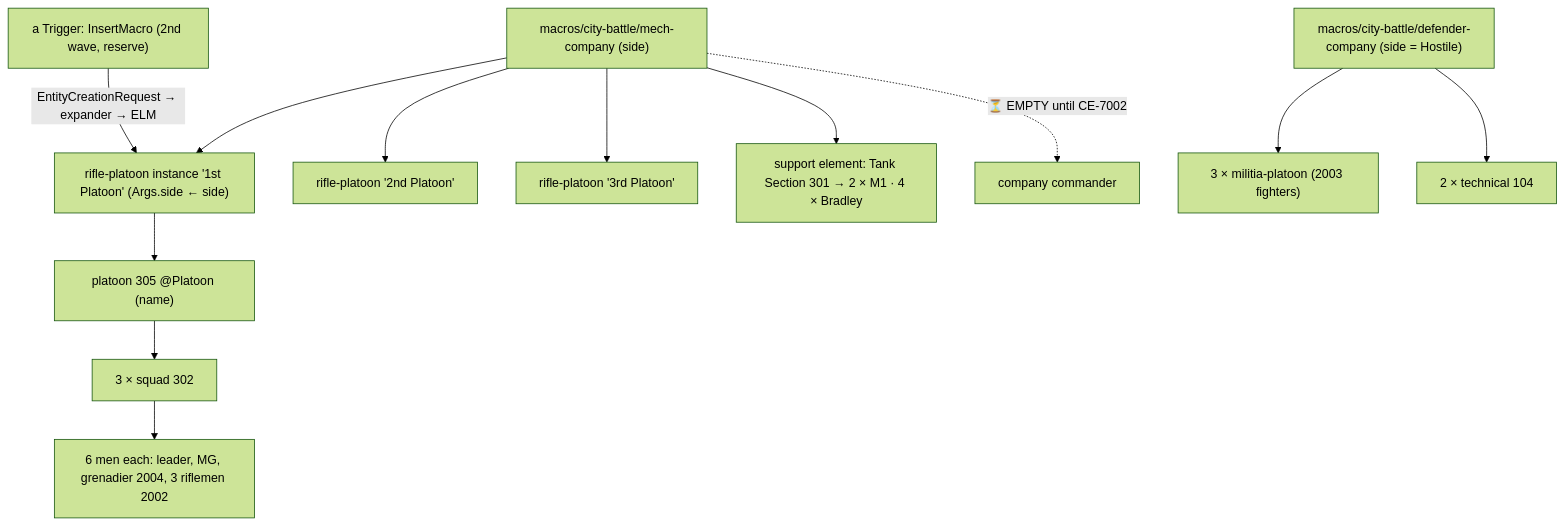
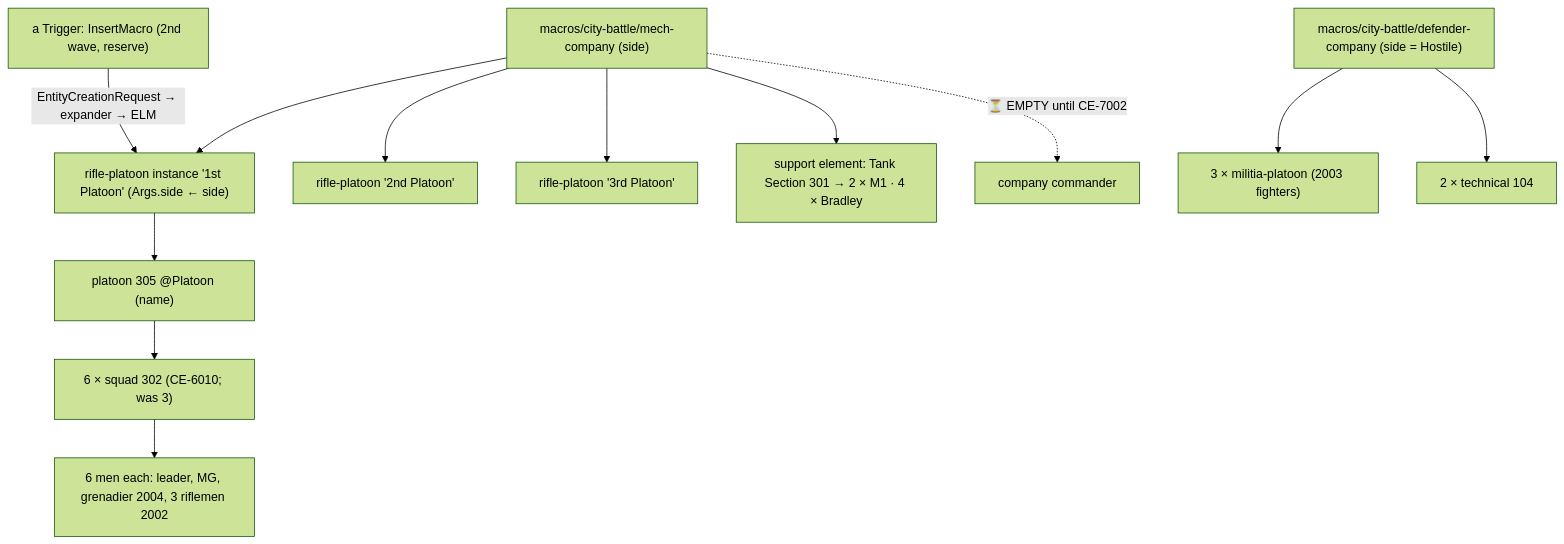
One commit to pjanec/HROT changed the third of 9 diagrams in docs/designs/group-maneuvers/DESIGN_City_Battle_Showcase.md. Above: the diagram before and after it, drawn with Mermaid (forest theme). The commit also changed other lines of this file and 16 other files, not shown here.

````diff
--- a/docs/designs/group-maneuvers/DESIGN_City_Battle_Showcase.md
+++ b/docs/designs/group-maneuvers/DESIGN_City_Battle_Showcase.md
@@ -209,12 +209,12 @@
 ```mermaid
 graph TD
   MC["macros/city-battle/mech-company (side)"] --> P1["rifle-platoon instance '1st Platoon' (Args.side ← side)"]
   MC --> P2["rifle-platoon '2nd Platoon'"]
   MC --> P3["rifle-platoon '3rd Platoon'"]
   MC --> SUP["support element: Tank Section 301 → 2 × M1 · 4 × Bradley"]
   MC -.->|"⏳ EMPTY until CE-7002"| CC["company commander"]
-  P1 --> PL["platoon 305 @Platoon (name)"] --> SQ["3 × squad 302"] --> MEN["6 men each: leader, MG, grenadier 2004, 3 riflemen 2002"]
+  P1 --> PL["platoon 305 @Platoon (name)"] --> SQ["6 × squad 302 (CE-6010; was 3)"] --> MEN["6 men each: leader, MG, grenadier 2004, 3 riflemen 2002"]
   DC["macros/city-battle/defender-company (side = Hostile)"] --> MP["3 × militia-platoon (2003 fighters)"]
   DC --> TEC["2 × technical 104"]
   TRG["a Trigger: InsertMacro (2nd wave, reserve)"] -->|"EntityCreationRequest → expander → ELM"| P1
 ```
````
